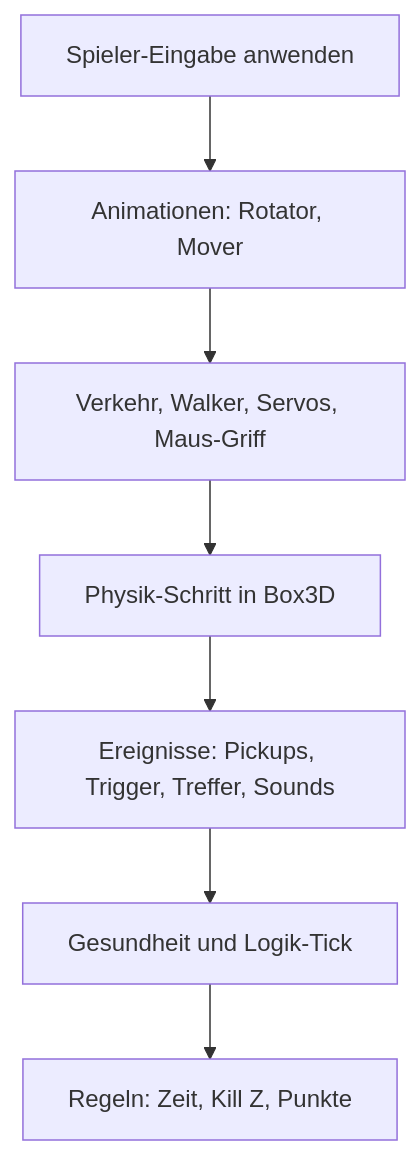
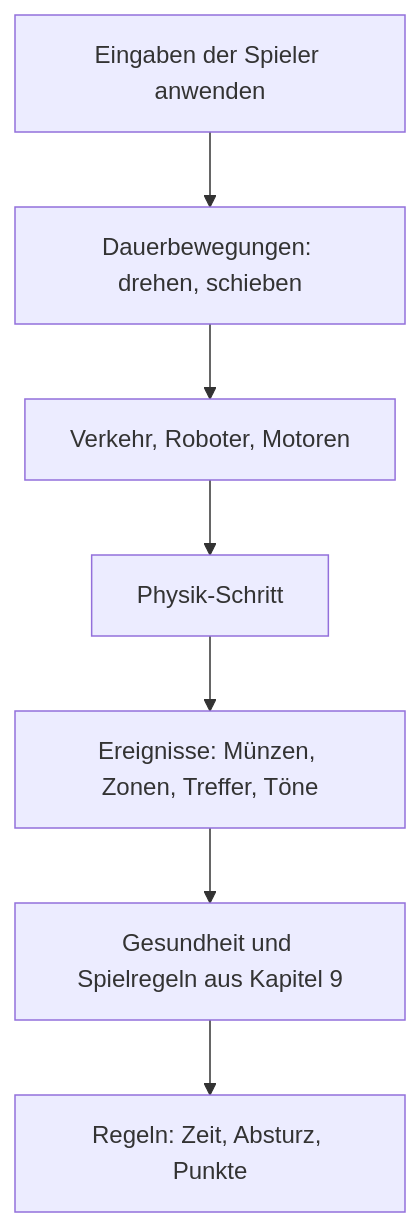
One commit to ChristianHohlfeld/kernengine.de changed the second of 2 diagrams in kern/docs/buch-gruen/08-spiel-laufzeit.md. Above: the diagram before and after it, drawn with Mermaid. The commit also changed other lines of this file and 22 other files, not shown here.

````diff
--- a/kern/docs/buch-gruen/08-spiel-laufzeit.md
+++ b/kern/docs/buch-gruen/08-spiel-laufzeit.md
@@ -331,9 +329,9 @@
 ```mermaid
 flowchart TD
-  A[Spieler-Eingabe anwenden] --> B[Animationen: Rotator, Mover]
-  B --> C[Verkehr, Walker, Servos, Maus-Griff]
-  C --> D[Physik-Schritt in Box3D]
-  D --> E[Ereignisse: Pickups, Trigger, Treffer, Sounds]
-  E --> F[Gesundheit und Logik-Tick]
-  F --> G[Regeln: Zeit, Kill Z, Punkte]
+  A[Eingaben der Spieler anwenden] --> B[Dauerbewegungen: drehen, schieben]
+  B --> C[Verkehr, Roboter, Motoren]
+  C --> D[Physik-Schritt]
+  D --> E[Ereignisse: Münzen, Zonen, Treffer, Töne]
+  E --> F[Gesundheit und Spielregeln aus Kapitel 9]
+  F --> G[Regeln: Zeit, Absturz, Punkte]
 ```
````
